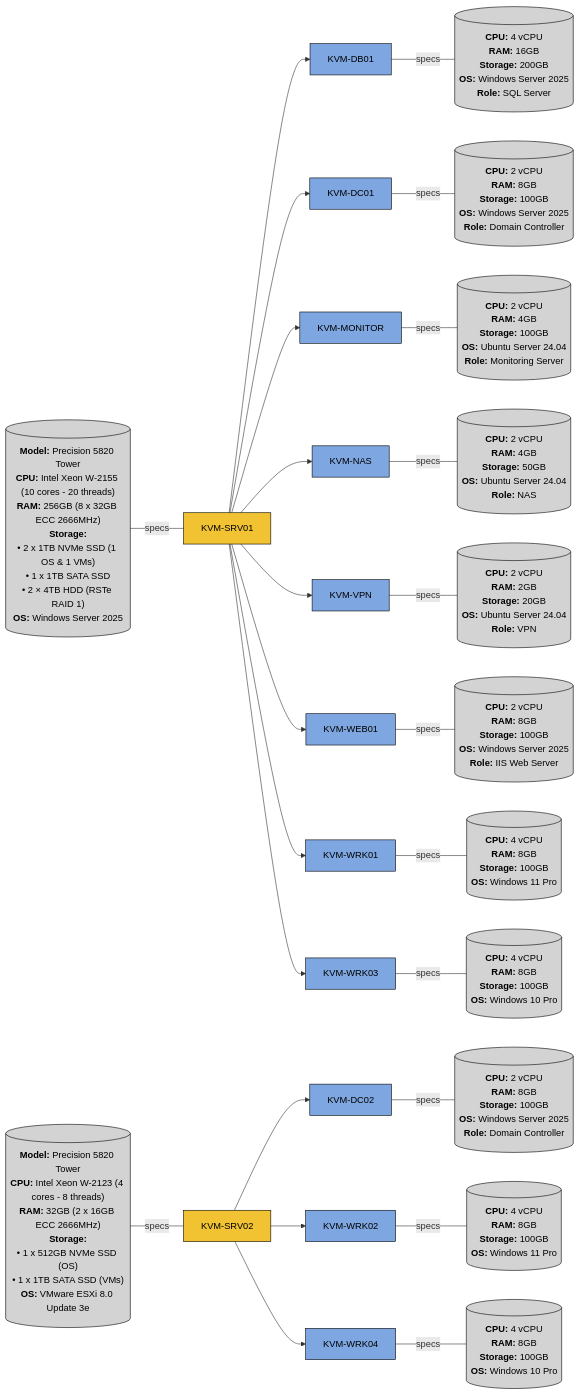
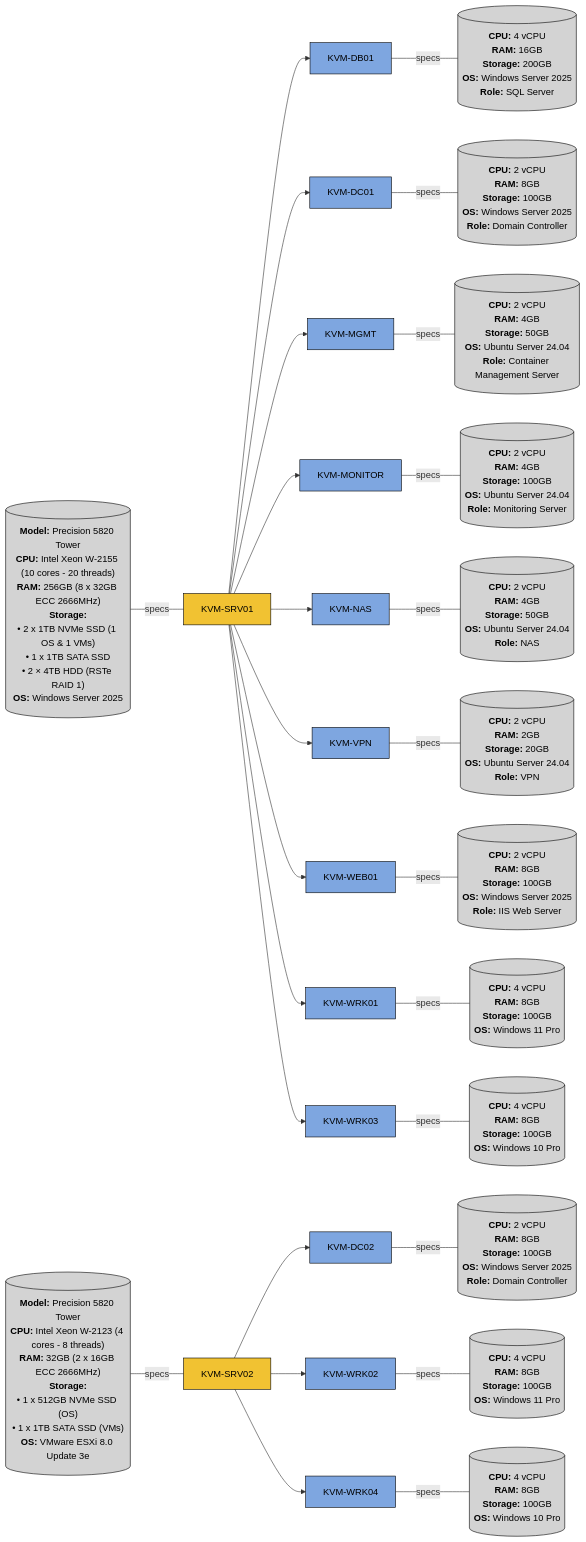
One commit to khangvum/homelab-ansible-config changed the diagram in README.md. Above: the diagram before and after it, drawn with Mermaid.

Commit message:
Added KVM-MGMT to the Infrastructure Overview

````diff
--- a/README.md
+++ b/README.md
@@ -35,6 +35,11 @@
                                                         **Storage:** 100GB
                                                         **OS:** Windows Server 2025
                                                         **Role:** Domain Controller`")]
+    SRV01 --> MGMT[KVM-MGMT] -- specs --- MGMT_SPECS[("`**CPU:** 2 vCPU
+                                                        **RAM:** 4GB
+                                                        **Storage:** 50GB
+                                                        **OS:** Ubuntu Server 24.04
+                                                        **Role:** Container Management Server`")]
     SRV01 --> MONITOR[KVM-MONITOR] -- specs --- MONITOR_SPECS[("`**CPU:** 2 vCPU
                                                                 **RAM:** 4GB
                                                                 **Storage:** 100GB
@@ -94,8 +99,8 @@
     %% Styling
     class SRV01,SRV02 hosts
     classDef hosts fill:#f1c232,stroke:#000,color:#000
-    class DB01,DC01,DC02,MONITOR,NAS,VPN,WEB01,WRK01,WRK02,WRK03,WRK04 vms
+    class DB01,DC01,DC02,MGMT,MONITOR,NAS,VPN,WEB01,WRK01,WRK02,WRK03,WRK04 vms
     classDef vms fill:#7ea6e0,stroke:#000,color:#000
-    class SRV01_SPECS,SRV02_SPECS,DB01_SPECS,DC01_SPECS,DC02_SPECS,MONITOR_SPECS,NAS_SPECS,VPN_SPECS,WEB01_SPECS,WRK01_SPECS,WRK02_SPECS,WRK03_SPECS,WRK04_SPECS specs
+    class SRV01_SPECS,SRV02_SPECS,DB01_SPECS,DC01_SPECS,DC02_SPECS,MGMT_SPECS,MONITOR_SPECS,NAS_SPECS,VPN_SPECS,WEB01_SPECS,WRK01_SPECS,WRK02_SPECS,WRK03_SPECS,WRK04_SPECS specs
     classDef specs fill:#d3d3d3,stroke:#000,color:#000
 ```
````
